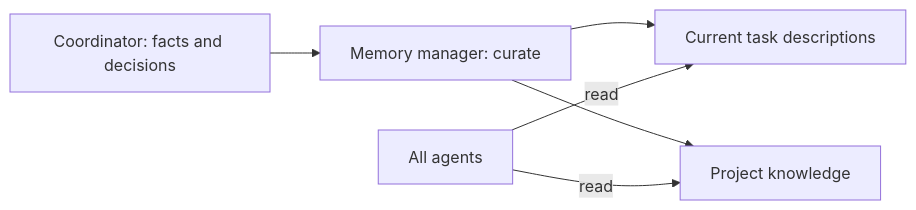
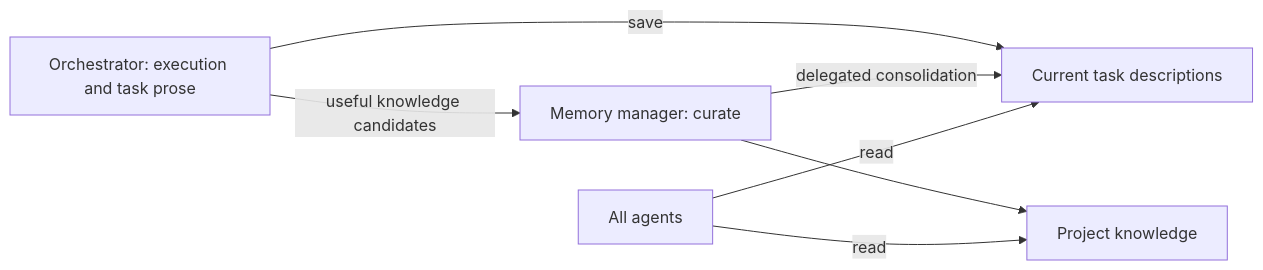
Before and after one commit to smartfrog/opencode-froggy: the diagram in docs/memory.md, drawn with Mermaid. The commit also changed other lines of this file and 9 other files, not shown here.

Commit message:
feat(memory): let orchestrator save operational tasks

````diff
--- a/docs/memory.md
+++ b/docs/memory.md
@@ -6,8 +6,9 @@
 ```mermaid
 flowchart LR
-    C[Coordinator: facts and decisions] --> M[Memory manager: curate]
-    M --> T[Current task descriptions]
+    O[Orchestrator: execution and task prose] -->|save| T[Current task descriptions]
+    O -->|useful knowledge candidates| M[Memory manager: curate]
+    M -->|delegated consolidation| T
     M --> K[Project knowledge]
     A[All agents] -->|read| T
     A -->|read| K
 ```
````
